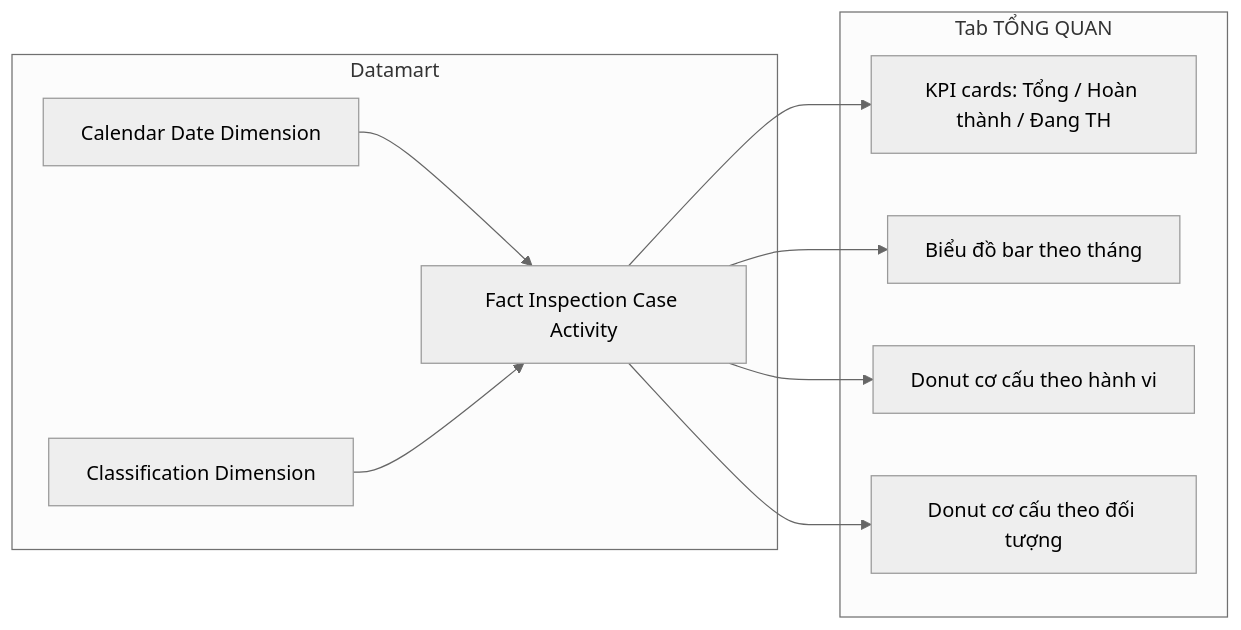
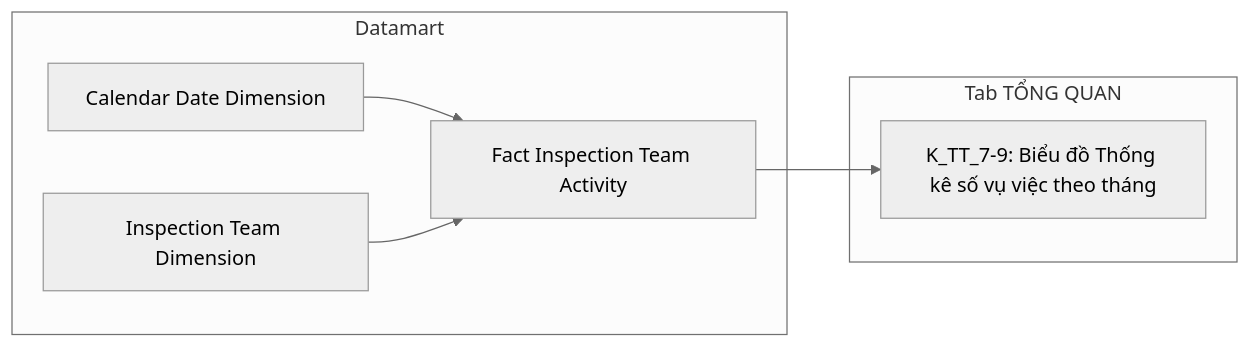
One commit to linhlvit/ubck_atomic_design changed diagram 12 of 43 in Datamart/hld/DTM_TT_HLD.md. Above: the diagram before and after it, drawn with Mermaid (neutral theme). The commit also changed other lines of this file and 9 other files, not shown here.

````diff
--- a/Datamart/hld/DTM_TT_HLD.md
+++ b/Datamart/hld/DTM_TT_HLD.md
@@ -262,20 +435,14 @@
 ```mermaid
 flowchart LR
     subgraph Datamart["Datamart"]
-        G1["Fact Inspection Case Activity"]
+        G1["Fact Inspection Team Activity"]
         G2["Calendar Date Dimension"]
-        G3["Classification Dimension"]
+        G3["Inspection Team Dimension"]
     end
     subgraph RPT["Tab TỔNG QUAN"]
-        R1["KPI cards: Tổng / Hoàn thành / Đang TH"]
-        R2["Biểu đồ bar theo tháng"]
-        R3["Donut cơ cấu theo hành vi"]
-        R4["Donut cơ cấu theo đối tượng"]
+        R1["K_TT_7-9: Biểu đồ Thống kê số vụ việc theo tháng"]
     end
     G2 --> G1
     G3 --> G1
     G1 --> R1
-    G1 --> R2
-    G1 --> R3
-    G1 --> R4
 ```
````
